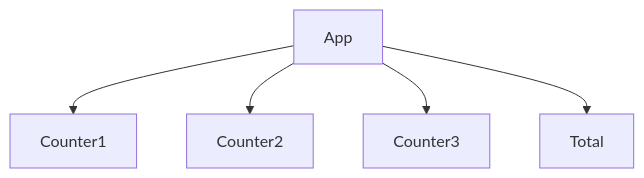
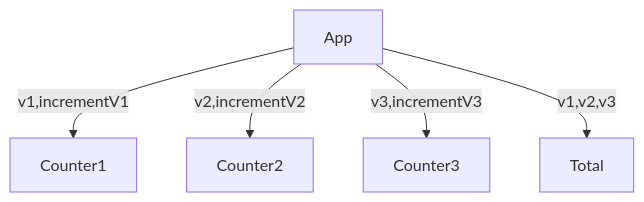
Before and after one commit to dubzzz/talks: the first of 14 diagrams in 2024-06-11-meetup-typescript/slides.md, drawn with Mermaid. The commit also changed other lines of this file and 11 other files, not shown here.

````diff
--- a/2024-06-11-meetup-typescript/slides.md
+++ b/2024-06-11-meetup-typescript/slides.md
@@ -43,7 +49,7 @@
 ```mermaid
 graph TD;
-    App-->Counter1;
-    App-->Counter2;
-    App-->Counter3;
-    App-->Total;
+    App--v1,incrementV1-->Counter1;
+    App--v2,incrementV2-->Counter2;
+    App--v3,incrementV3-->Counter3;
+    App--v1,v2,v3-->Total;
 ```
````
